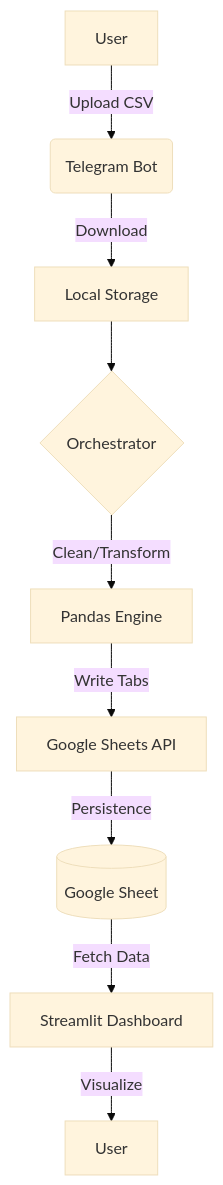
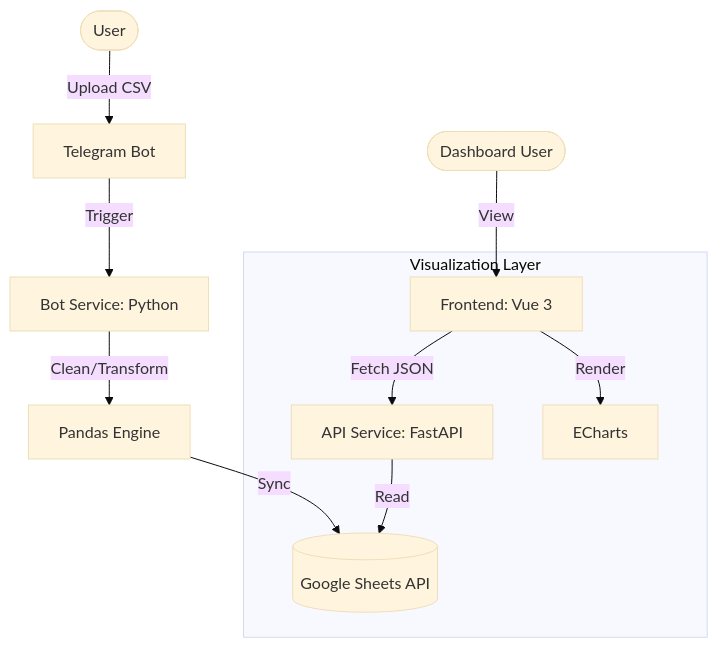
The diagram in README.md (DamienBarnesAutomations/budget-tracker-analytics), drawn with Mermaid (base theme) before and after one commit. The commit also changed other lines of this file, not shown here.

````diff
--- a/README.md
+++ b/README.md
@@ -7,11 +7,15 @@
 ```mermaid
 graph TD
-    A[User] -->|Upload CSV| B(Telegram Bot)
-    B -->|Download| C[Local Storage]
-    C --> D{Orchestrator}
-    D -->|Clean/Transform| E[Pandas Engine]
-    E -->|Write Tabs| F[Google Sheets API]
-    F -->|Persistence| G[(Google Sheet)]
-    G -->|Fetch Data| H[Streamlit Dashboard]
-    H -->|Visualize| I[User]
+    User([User]) -->|Upload CSV| Telegram[Telegram Bot]
+    Telegram -->|Trigger| BotSvc[Bot Service: Python]
+    BotSvc -->|Clean/Transform| Pandas[Pandas Engine]
+    Pandas -->|Sync| GSheets[(Google Sheets API)]
+    
+    subgraph "Visualization Layer"
+        APISvc[API Service: FastAPI] -->|Read| GSheets
+        VueApp[Frontend: Vue 3] -->|Fetch JSON| APISvc
+        VueApp -->|Render| ECharts[ECharts]
+    end
+    
+    Dashboard([Dashboard User]) -->|View| VueApp
 ```
````
